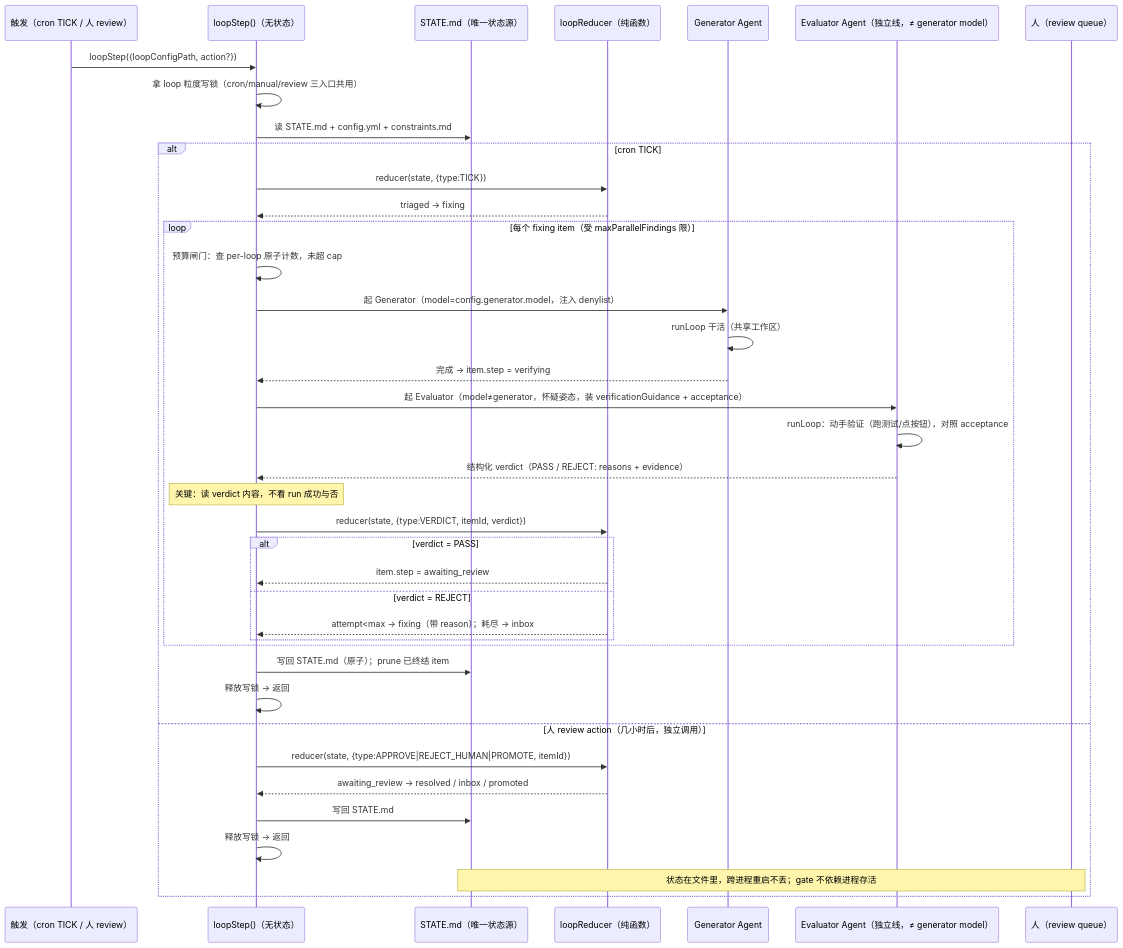
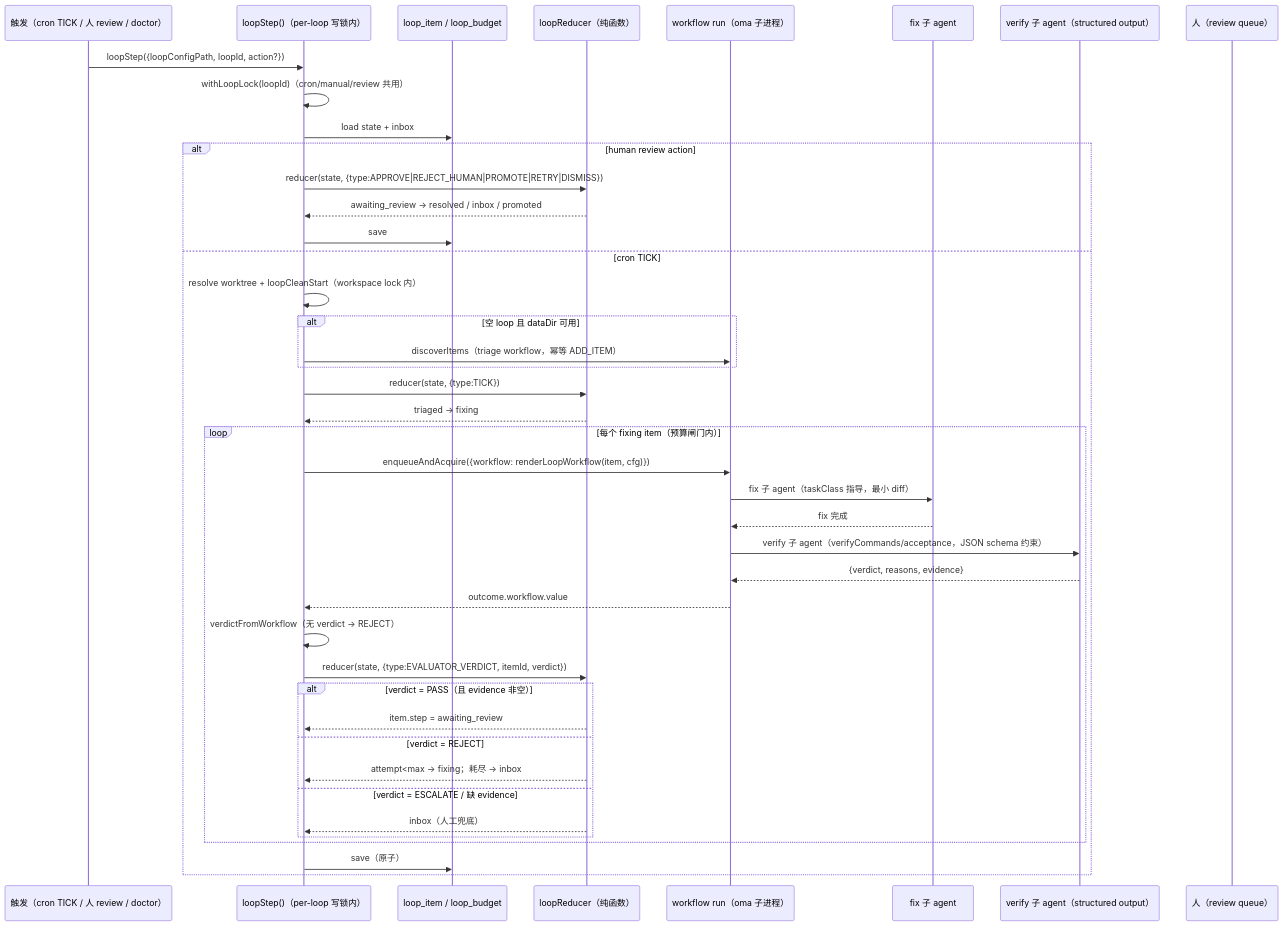
One commit to Chengchcc/my-agent-dev changed the diagram in docs/architecture/flows/e2e-loop-verification.md. Above: the diagram before and after it, drawn with Mermaid. The commit also changed other lines of this file and 23 other files, not shown here.

````diff
--- a/docs/architecture/flows/e2e-loop-verification.md
+++ b/docs/architecture/flows/e2e-loop-verification.md
@@ -23,43 +22,46 @@
 ```mermaid
 sequenceDiagram
-  participant T as 触发（cron TICK / 人 review）
-  participant LS as loopStep()（无状态）
-  participant ST as STATE.md（唯一状态源）
+  participant T as 触发（cron TICK / 人 review / doctor）
+  participant LS as loopStep()（per-loop 写锁内）
+  participant DB as loop_item / loop_budget
   participant RED as loopReducer（纯函数）
-  participant G as Generator Agent
-  participant EV as Evaluator Agent（独立线，≠ generator model）
+  participant W as workflow run（oma 子进程）
+  participant F as fix 子 agent
+  participant V as verify 子 agent（structured output）
   participant H as 人（review queue）
 
-  T->>LS: loopStep({loopConfigPath, action?})
-  LS->>LS: 拿 loop 粒度写锁（cron/manual/review 三入口共用）
-  LS->>ST: 读 STATE.md + config.yml + constraints.md
+  T->>LS: loopStep({loopConfigPath, loopId, action?})
+  LS->>LS: withLoopLock(loopId)（cron/manual/review 共用）
+  LS->>DB: load state + inbox
 
-  alt cron TICK
+  alt human review action
+    LS->>RED: reducer(state, {type:APPROVE|REJECT_HUMAN|PROMOTE|RETRY|DISMISS})
+    RED-->>LS: awaiting_review → resolved / inbox / promoted
+    LS->>DB: save
+  else cron TICK
+    LS->>LS: resolve worktree + loopCleanStart（workspace lock 内）
+    alt 空 loop 且 dataDir 可用
+      LS->>W: discoverItems（triage workflow，幂等 ADD_ITEM）
+    end
     LS->>RED: reducer(state, {type:TICK})
     RED-->>LS: triaged → fixing
-    loop 每个 fixing item（受 maxParallelFindings 限）
-      LS->>LS: 预算闸门：查 per-loop 原子计数，未超 cap
-      LS->>G: 起 Generator（model=config.generator.model，注入 denylist）
-      G->>G: runLoop 干活（共享工作区）
-      G-->>LS: 完成 → item.step = verifying
-      LS->>EV: 起 Evaluator（model≠generator，怀疑姿态，装 verificationGuidance + acceptance）
-      EV->>EV: runLoop：动手验证（跑测试/点按钮），对照 acceptance
-      EV-->>LS: 结构化 verdict（PASS / REJECT: reasons + evidence）
-      Note over LS: 关键：读 verdict 内容，不看 run 成功与否
-      LS->>RED: reducer(state, {type:VERDICT, itemId, verdict})
-      alt verdict = PASS
+    loop 每个 fixing item（预算闸门内）
+      LS->>W: enqueueAndAcquire({workflow: renderLoopWorkflow(item, cfg)})
+      W->>F: fix 子 agent（taskClass 指导，最小 diff）
+      F-->>W: fix 完成
+      W->>V: verify 子 agent（verifyCommands/acceptance，JSON schema 约束）
+      V-->>W: {verdict, reasons, evidence}
+      W-->>LS: outcome.workflow.value
+      LS->>LS: verdictFromWorkflow（无 verdict → REJECT）
+      LS->>RED: reducer(state, {type:EVALUATOR_VERDICT, itemId, verdict})
+      alt verdict = PASS（且 evidence 非空）
         RED-->>LS: item.step = awaiting_review
       else verdict = REJECT
-        RED-->>LS: attempt<max → fixing（带 reason）；耗尽 → inbox
+        RED-->>LS: attempt<max → fixing；耗尽 → inbox
+      else verdict = ESCALATE / 缺 evidence
+        RED-->>LS: inbox（人工兜底）
       end
     end
-    LS->>ST: 写回 STATE.md（原子）；prune 已终结 item
-    LS->>LS: 释放写锁 → 返回
-  else 人 review action（几小时后，独立调用）
-    LS->>RED: reducer(state, {type:APPROVE|REJECT_HUMAN|PROMOTE, itemId})
-    RED-->>LS: awaiting_review → resolved / inbox / promoted
-    LS->>ST: 写回 STATE.md
-    LS->>LS: 释放写锁 → 返回
-    Note over H,ST: 状态在文件里，跨进程重启不丢；gate 不依赖进程存活
+    LS->>DB: save（原子）
   end
 ```
````
